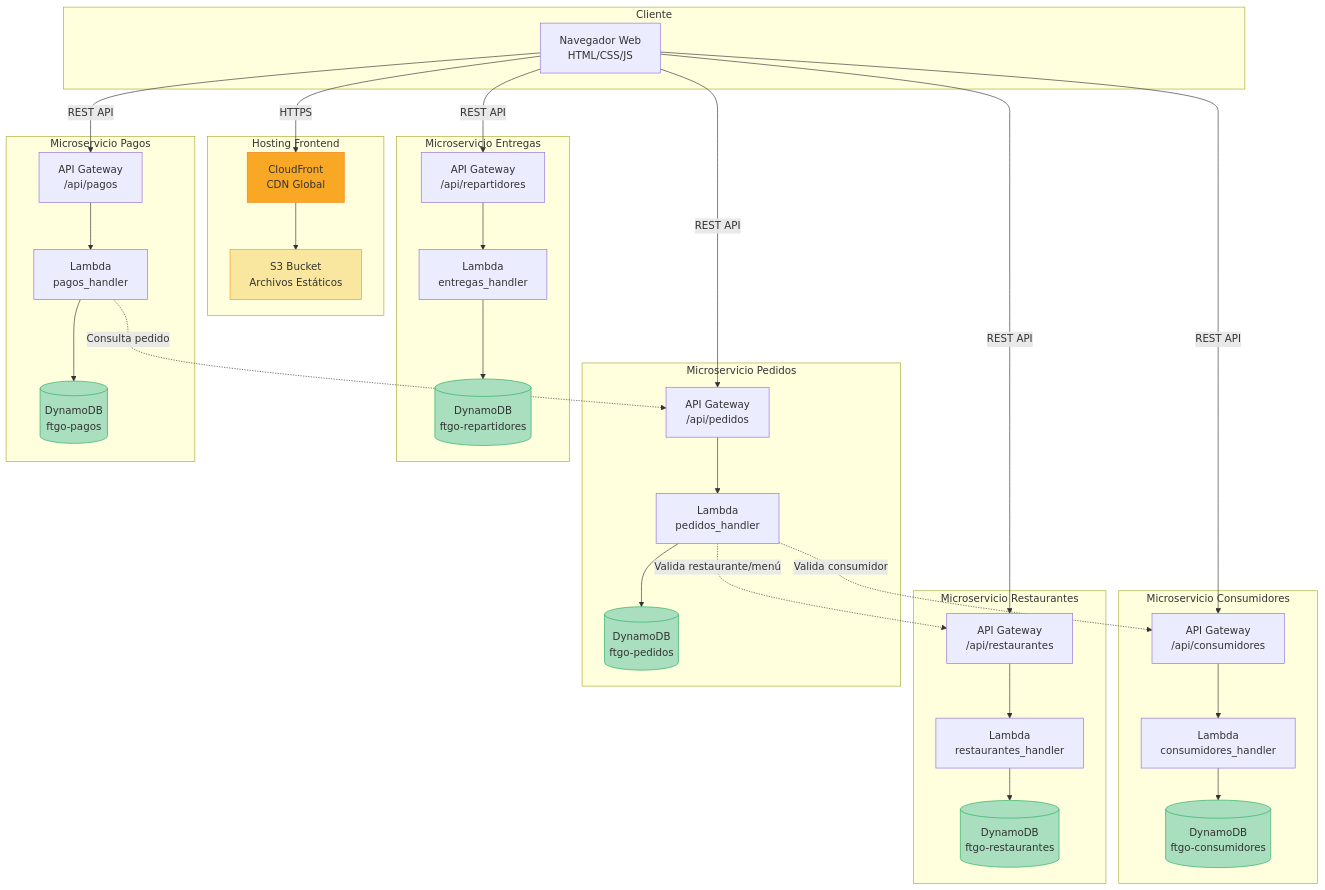
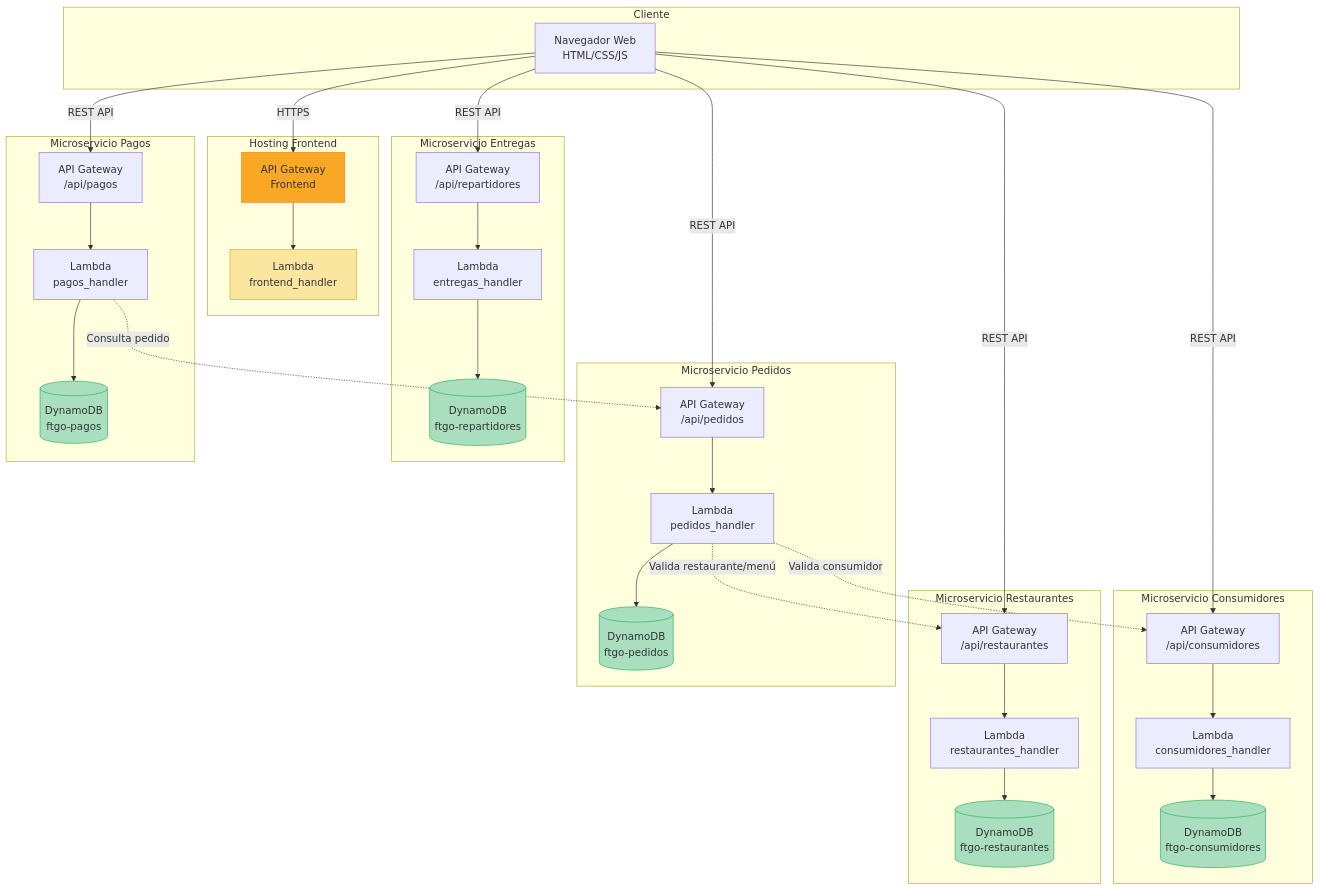
Before and after one commit to gusdelact/meetup27Abril2026: the first of 10 diagrams in ftgo-microservicios/DESIGN.md, drawn with Mermaid. The commit also changed other lines of this file and 8 other files, not shown here.

````diff
--- a/ftgo-microservicios/DESIGN.md
+++ b/ftgo-microservicios/DESIGN.md
@@ -33,75 +33,75 @@
 ```mermaid
 graph TB
     subgraph "Cliente"
         NAV[Navegador Web<br/>HTML/CSS/JS]
     end
 
     subgraph "Hosting Frontend"
-        CF[CloudFront<br/>CDN Global]
-        S3[S3 Bucket<br/>Archivos Estáticos]
+        APIGW_FE[API Gateway<br/>Frontend]
+        LAMBDA_FE[Lambda<br/>frontend_handler]
     end
 
     subgraph "Microservicio Consumidores"
         APIGW_C[API Gateway<br/>/api/consumidores]
         LAMBDA_C[Lambda<br/>consumidores_handler]
         DDB_C[(DynamoDB<br/>ftgo-consumidores)]
     end
 
     subgraph "Microservicio Restaurantes"
         APIGW_R[API Gateway<br/>/api/restaurantes]
         LAMBDA_R[Lambda<br/>restaurantes_handler]
         DDB_R[(DynamoDB<br/>ftgo-restaurantes)]
     end
 
     subgraph "Microservicio Pedidos"
         APIGW_P[API Gateway<br/>/api/pedidos]
         LAMBDA_P[Lambda<br/>pedidos_handler]
         DDB_P[(DynamoDB<br/>ftgo-pedidos)]
     end
 
     subgraph "Microservicio Entregas"
         APIGW_E[API Gateway<br/>/api/repartidores]
         LAMBDA_E[Lambda<br/>entregas_handler]
         DDB_E[(DynamoDB<br/>ftgo-repartidores)]
     end
 
     subgraph "Microservicio Pagos"
         APIGW_PAG[API Gateway<br/>/api/pagos]
         LAMBDA_PAG[Lambda<br/>pagos_handler]
         DDB_PAG[(DynamoDB<br/>ftgo-pagos)]
     end
 
-    NAV -->|HTTPS| CF
-    CF --> S3
+    NAV -->|HTTPS| APIGW_FE
+    APIGW_FE --> LAMBDA_FE
     NAV -->|REST API| APIGW_C
     NAV -->|REST API| APIGW_R
     NAV -->|REST API| APIGW_P
     NAV -->|REST API| APIGW_E
     NAV -->|REST API| APIGW_PAG
 
     APIGW_C --> LAMBDA_C
     LAMBDA_C --> DDB_C
 
     APIGW_R --> LAMBDA_R
     LAMBDA_R --> DDB_R
 
     APIGW_P --> LAMBDA_P
     LAMBDA_P --> DDB_P
     LAMBDA_P -.->|Valida consumidor| APIGW_C
     LAMBDA_P -.->|Valida restaurante/menú| APIGW_R
 
     APIGW_E --> LAMBDA_E
     LAMBDA_E --> DDB_E
 
     APIGW_PAG --> LAMBDA_PAG
     LAMBDA_PAG --> DDB_PAG
     LAMBDA_PAG -.->|Consulta pedido| APIGW_P
 
-    style CF fill:#f9a825,stroke:#f57f17
-    style S3 fill:#f9e79f,stroke:#f39c12
+    style APIGW_FE fill:#f9a825,stroke:#f57f17
+    style LAMBDA_FE fill:#f9e79f,stroke:#f39c12
     style DDB_C fill:#a9dfbf,stroke:#27ae60
     style DDB_R fill:#a9dfbf,stroke:#27ae60
     style DDB_P fill:#a9dfbf,stroke:#27ae60
     style DDB_E fill:#a9dfbf,stroke:#27ae60
     style DDB_PAG fill:#a9dfbf,stroke:#27ae60
 ```
````
